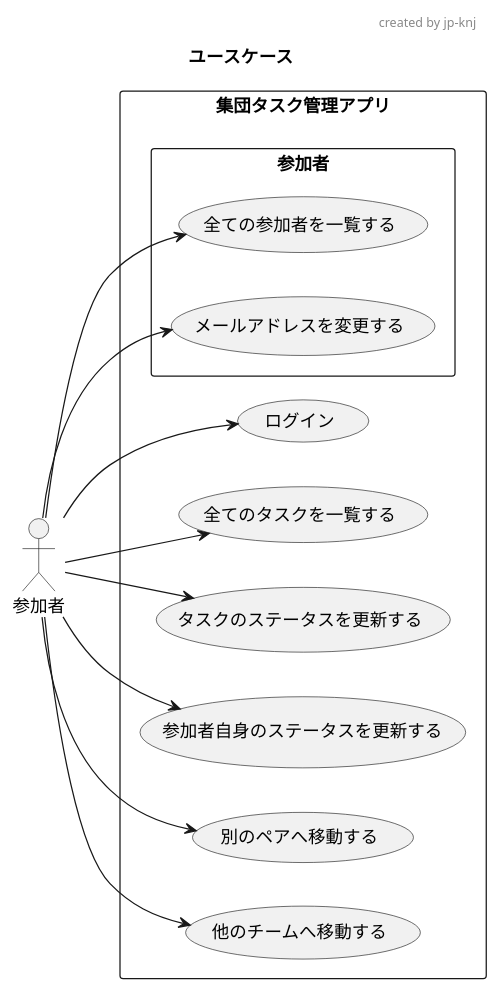
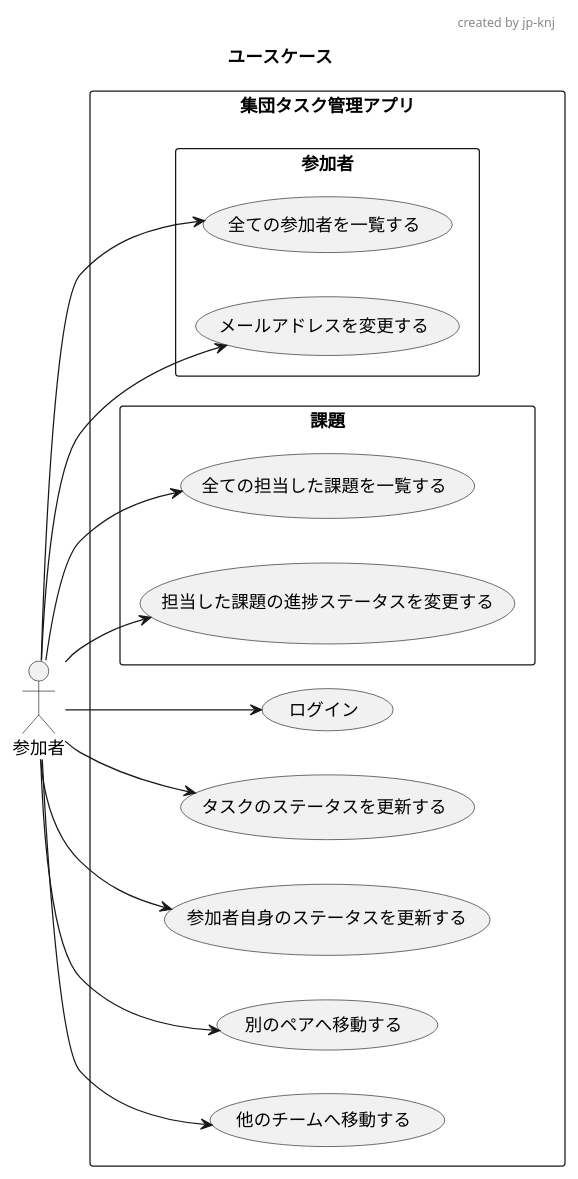
The diagram in docs/usecase.puml (knj-labo/learn_ddd), drawn with PlantUML before and after one commit. The commit also changed 3 other files, not shown here.

Commit message:
:art: modified modeling diagram

```diff
--- a/docs/usecase.puml
+++ b/docs/usecase.puml
@@ -1,37 +1,41 @@
 @startuml
 'https://plantuml.com/ja/use-case-diagram
 
 title ユースケース
 header created by jp-knj
 
 left to right direction
 actor "参加者" as Actor
 rectangle 集団タスク管理アプリ {
   usecase "ログイン" as AuthenticationUC1
   Actor --> AuthenticationUC1
 
   rectangle 参加者 {
     usecase "全ての参加者を一覧する" as MemberGetAllUseCase
     Actor --> MemberGetAllUseCase
 
     usecase "メールアドレスを変更する" as MemberUpdateEmailUseCase
     Actor --> MemberUpdateEmailUseCase
   }
 
+  rectangle 課題 {
+    usecase "全ての担当した課題を一覧する" as TaskGetAllUseCase
+    Actor --> TaskGetAllUseCase
 
-  usecase "全てのタスクを一覧する" as TaskUC1
-  Actor --> TaskUC1
+    usecase "担当した課題の進捗ステータスを変更する" as TaskUpdateStatusUseCase
+    Actor --> TaskUpdateStatusUseCase
+  }
 
   usecase "タスクのステータスを更新する" as TaskUC2
   Actor --> TaskUC2
 
   usecase "参加者自身のステータスを更新する" as MemberUC1
   Actor --> MemberUC1
 
   usecase "別のペアへ移動する" as PairUC1
   Actor --> PairUC1
 
   usecase "他のチームへ移動する" as TeamUC1
   Actor --> TeamUC1
 }
 @enduml
```
